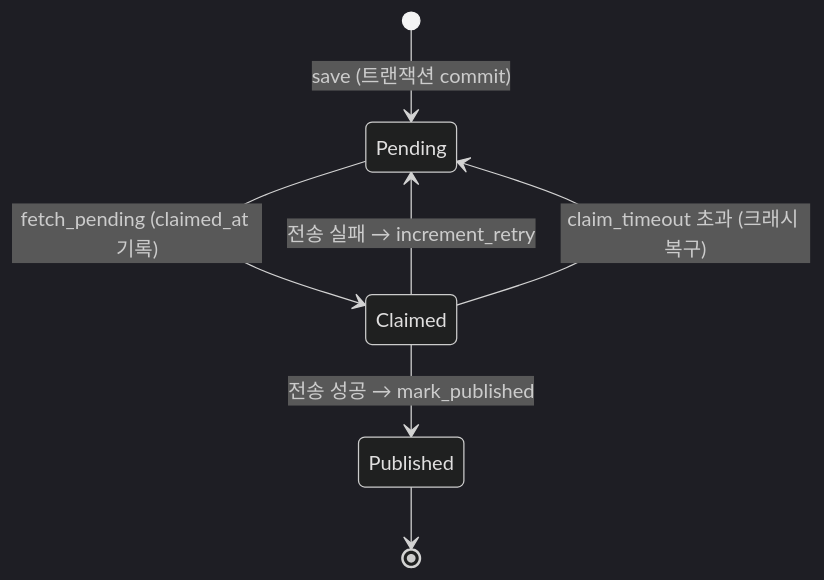
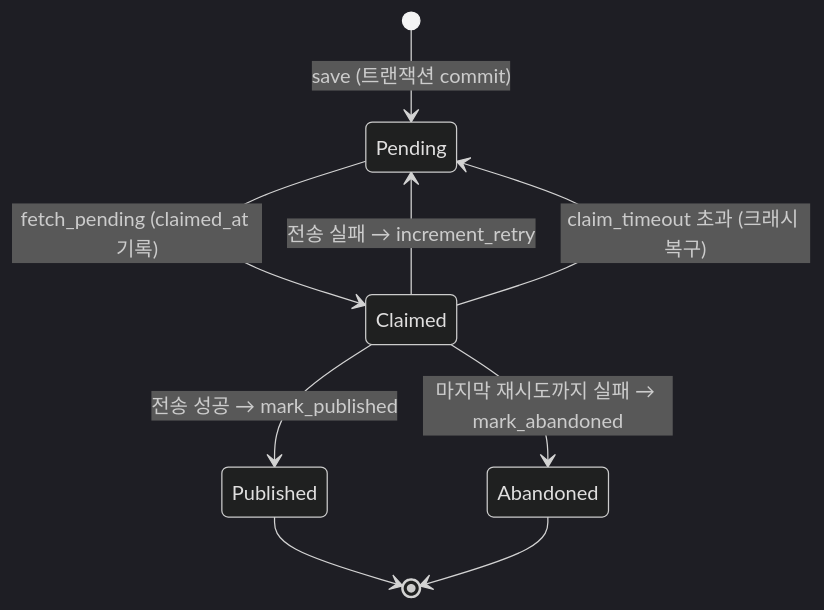
One commit to E5presso/spakky-framework changed the second of 2 diagrams in docs/guides/outbox.md. Above: the diagram before and after it, drawn with Mermaid (dark theme). The commit also changed other lines of this file and 15 other files, not shown here.

````diff
--- a/docs/guides/outbox.md
+++ b/docs/guides/outbox.md
@@ -56,9 +56,11 @@
 ```mermaid
 stateDiagram-v2
   [*] --> Pending: save (트랜잭션 commit)
   Pending --> Claimed: fetch_pending (claimed_at 기록)
   Claimed --> Published: 전송 성공 → mark_published
   Claimed --> Pending: 전송 실패 → increment_retry
+  Claimed --> Abandoned: 마지막 재시도까지 실패 → mark_abandoned
   Claimed --> Pending: claim_timeout 초과 (크래시 복구)
   Published --> [*]
+  Abandoned --> [*]
 ```
````
